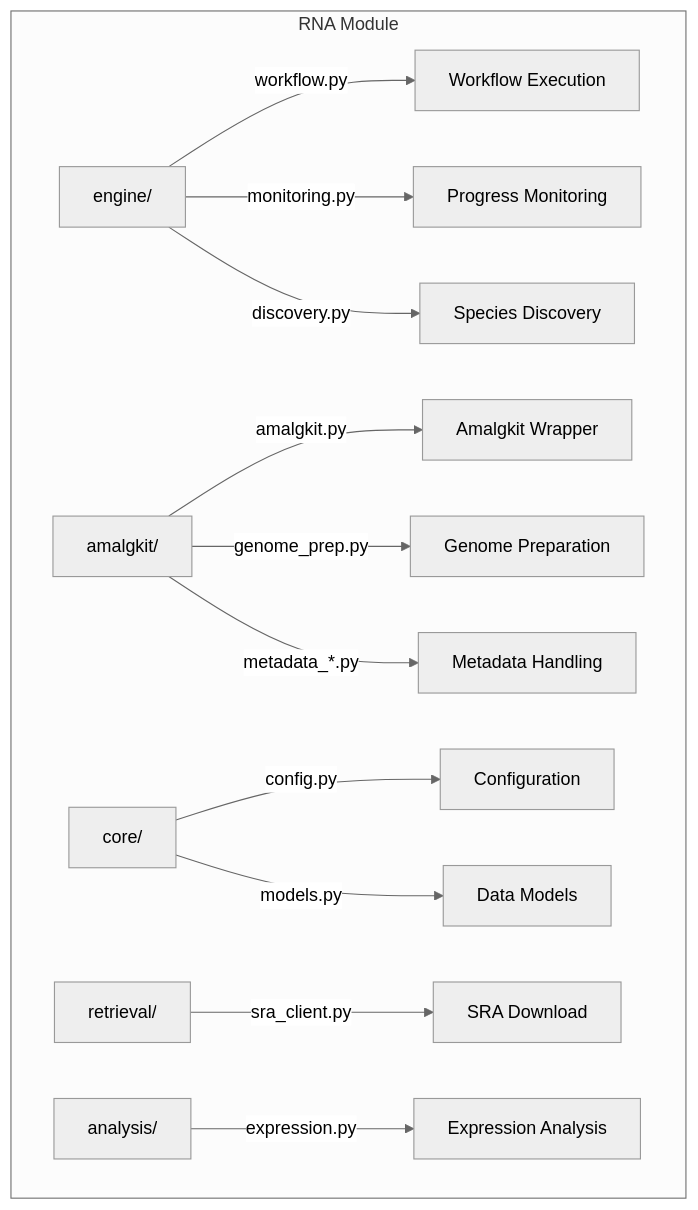
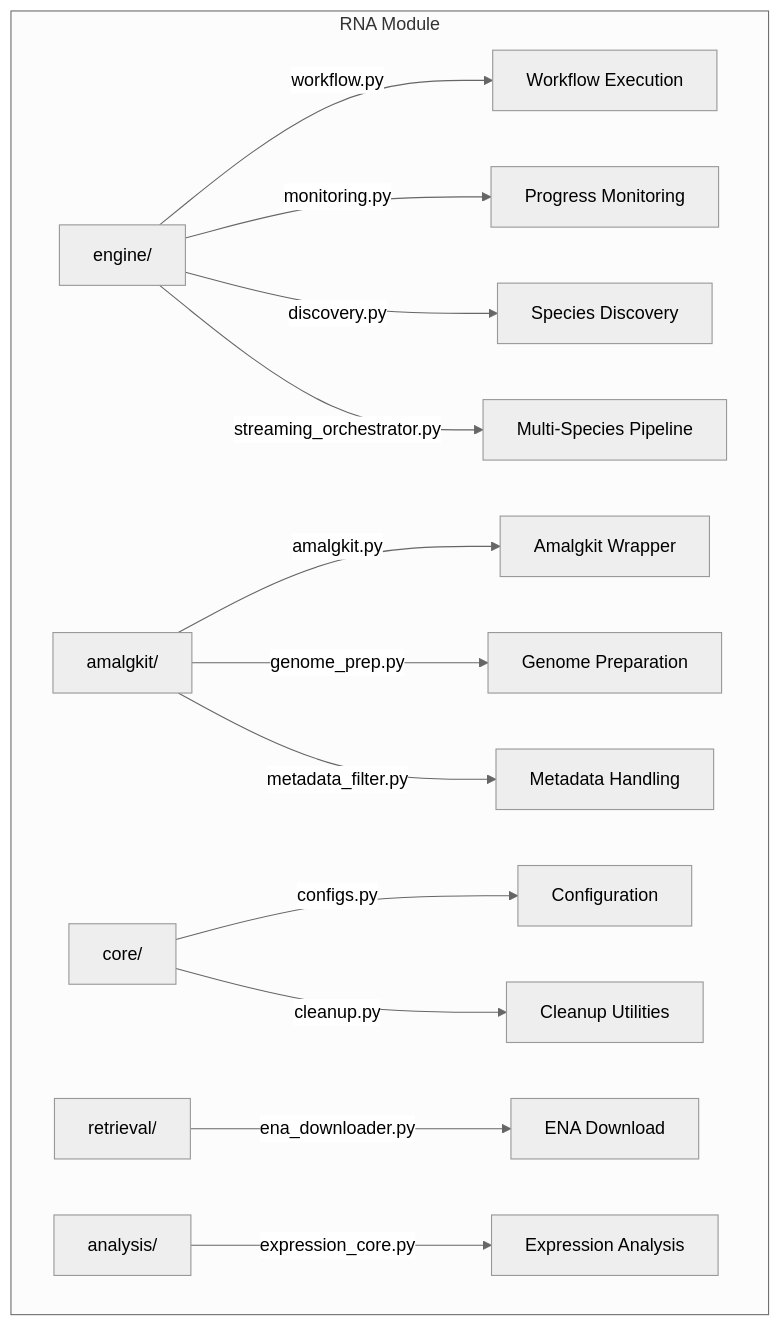
Before and after one commit to docxology/MetaInformAnt: the diagram in src/metainformant/rna/README.md, drawn with Mermaid (neutral theme). The commit also changed other lines of this file and 462 other files, not shown here.

````diff
--- a/src/metainformant/rna/README.md
+++ b/src/metainformant/rna/README.md
@@ -7,19 +7,20 @@
 ```mermaid
 graph TD
     subgraph "RNA Module"
         E[engine/] --> |workflow.py| W[Workflow Execution]
         E --> |monitoring.py| M[Progress Monitoring]
         E --> |discovery.py| D[Species Discovery]
+        E --> |streaming_orchestrator.py| SO[Multi-Species Pipeline]
         
         A[amalgkit/] --> |amalgkit.py| AK[Amalgkit Wrapper]
         A --> |genome_prep.py| G[Genome Preparation]
-        A --> |metadata_*.py| MD[Metadata Handling]
+        A --> |metadata_filter.py| MD[Metadata Handling]
         
-        C[core/] --> |config.py| CF[Configuration]
-        C --> |models.py| MO[Data Models]
+        C[core/] --> |configs.py| CF[Configuration]
+        C --> |cleanup.py| CL[Cleanup Utilities]
         
-        R[retrieval/] --> |sra_client.py| SRA[SRA Download]
+        R[retrieval/] --> |ena_downloader.py| ENA[ENA Download]
         
-        AN[analysis/] --> |expression.py| EX[Expression Analysis]
+        AN[analysis/] --> |expression_core.py| EX[Expression Analysis]
     end
 ```
````
